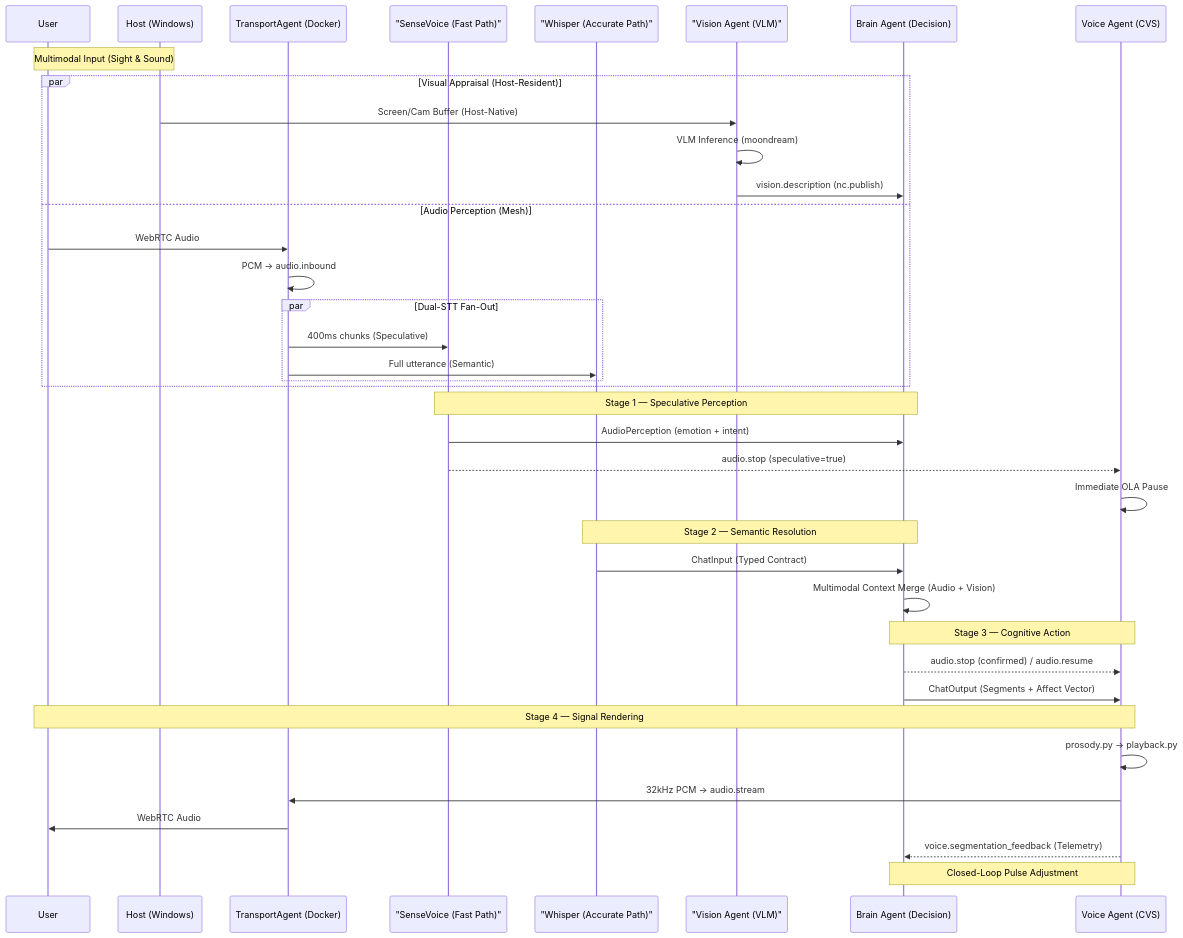
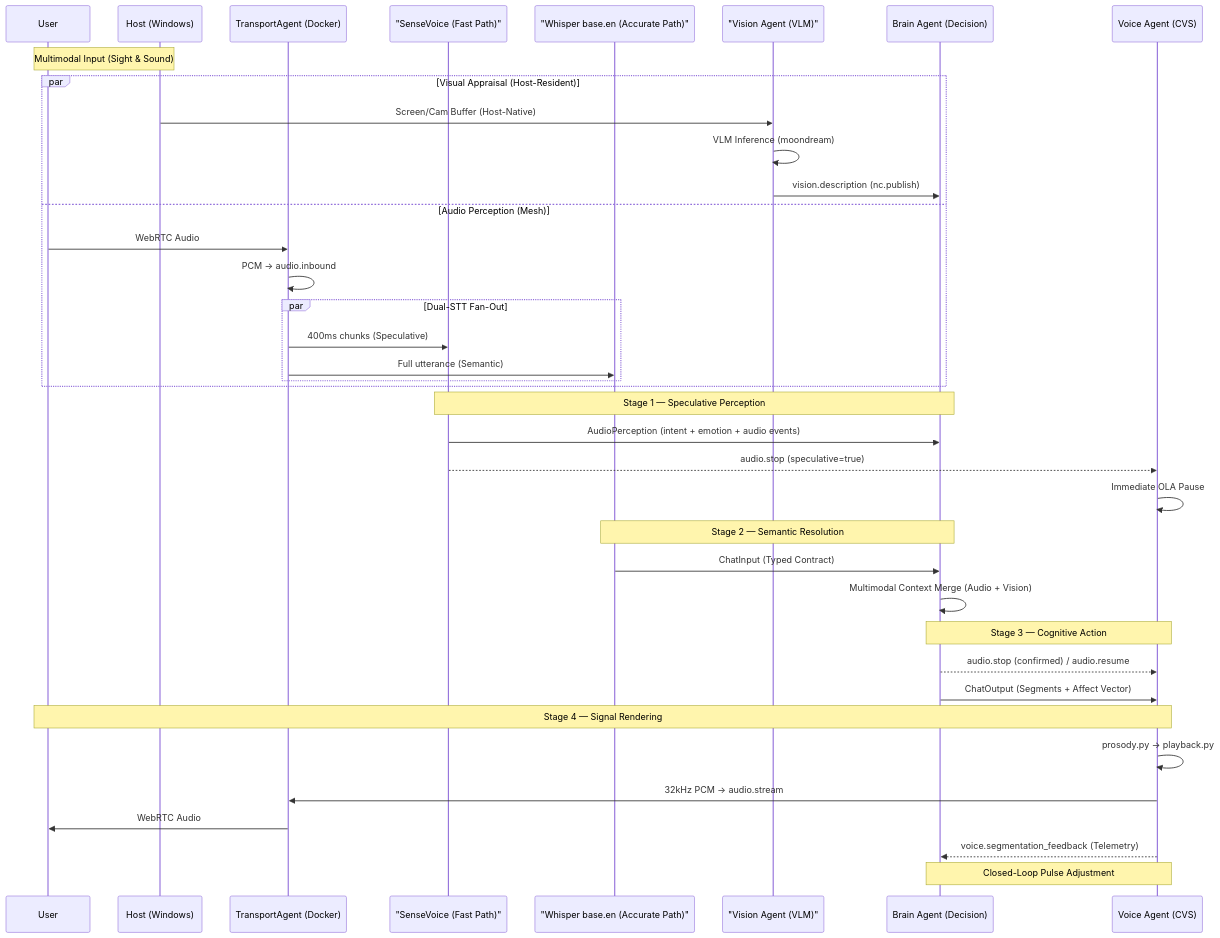
Before and after one commit to Aniket-a14/AI_friend: the second of 2 diagrams in README.md, drawn with Mermaid. The commit also changed other lines of this file and 24 other files, not shown here.

````diff
--- a/README.md
+++ b/README.md
@@ -134,45 +158,45 @@
 ```mermaid
 sequenceDiagram
     participant U as User
     participant H as Host (Windows)
     participant T as TransportAgent (Docker)
-    participant SV as "SenseVoice (Fast Path)"
-    participant W as "Whisper (Accurate Path)"
+    participant WF as "SenseVoice (Fast Path)"
+    participant W as "Whisper base.en (Accurate Path)"
     participant VA as "Vision Agent (VLM)"
     participant B as Brain Agent (Decision)
     participant V as Voice Agent (CVS)
 
     Note over U, H: Multimodal Input (Sight & Sound)
     par Visual Appraisal (Host-Resident)
         H->>VA: Screen/Cam Buffer (Host-Native)
         VA->>VA: VLM Inference (moondream)
         VA->>B: vision.description (nc.publish)
     and Audio Perception (Mesh)
         U->>T: WebRTC Audio
         T->>T: PCM → audio.inbound
         par Dual-STT Fan-Out
-            T->>SV: 400ms chunks (Speculative)
+            T->>WF: 400ms chunks (Speculative)
             T->>W: Full utterance (Semantic)
         end
     end
 
-    Note over SV, B: Stage 1 — Speculative Perception
-    SV->>B: AudioPerception (emotion + intent)
-    SV-->>V: audio.stop (speculative=true)
+    Note over WF, B: Stage 1 — Speculative Perception
+    WF->>B: AudioPerception (intent + emotion + audio events)
+    WF-->>V: audio.stop (speculative=true)
     V->>V: Immediate OLA Pause
 
     Note over W, B: Stage 2 — Semantic Resolution
     W->>B: ChatInput (Typed Contract)
     B->>B: Multimodal Context Merge (Audio + Vision)
 
     Note over B, V: Stage 3 — Cognitive Action
     B-->>V: audio.stop (confirmed) / audio.resume
     B->>V: ChatOutput (Segments + Affect Vector)
 
     Note over V, U: Stage 4 — Signal Rendering
     V->>V: prosody.py → playback.py
     V->>T: 32kHz PCM → audio.stream
     T->>U: WebRTC Audio
     V-->>B: voice.segmentation_feedback (Telemetry)
     Note over B,V: Closed-Loop Pulse Adjustment
 ```
````
